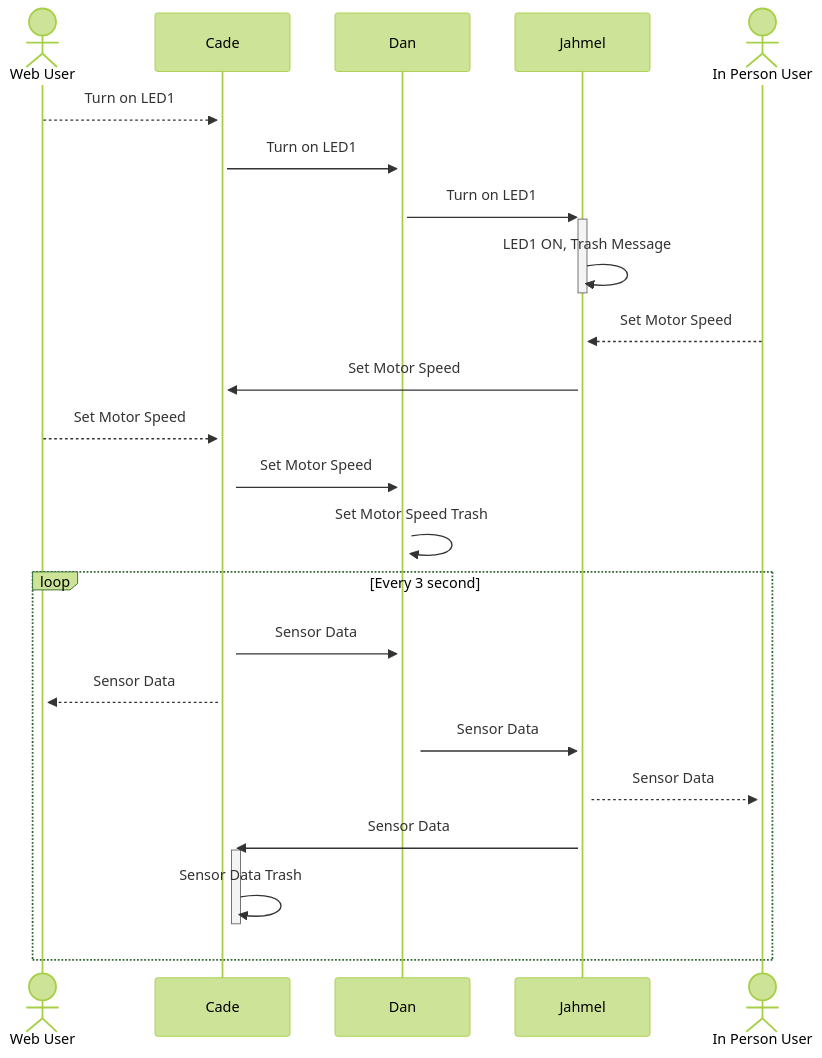
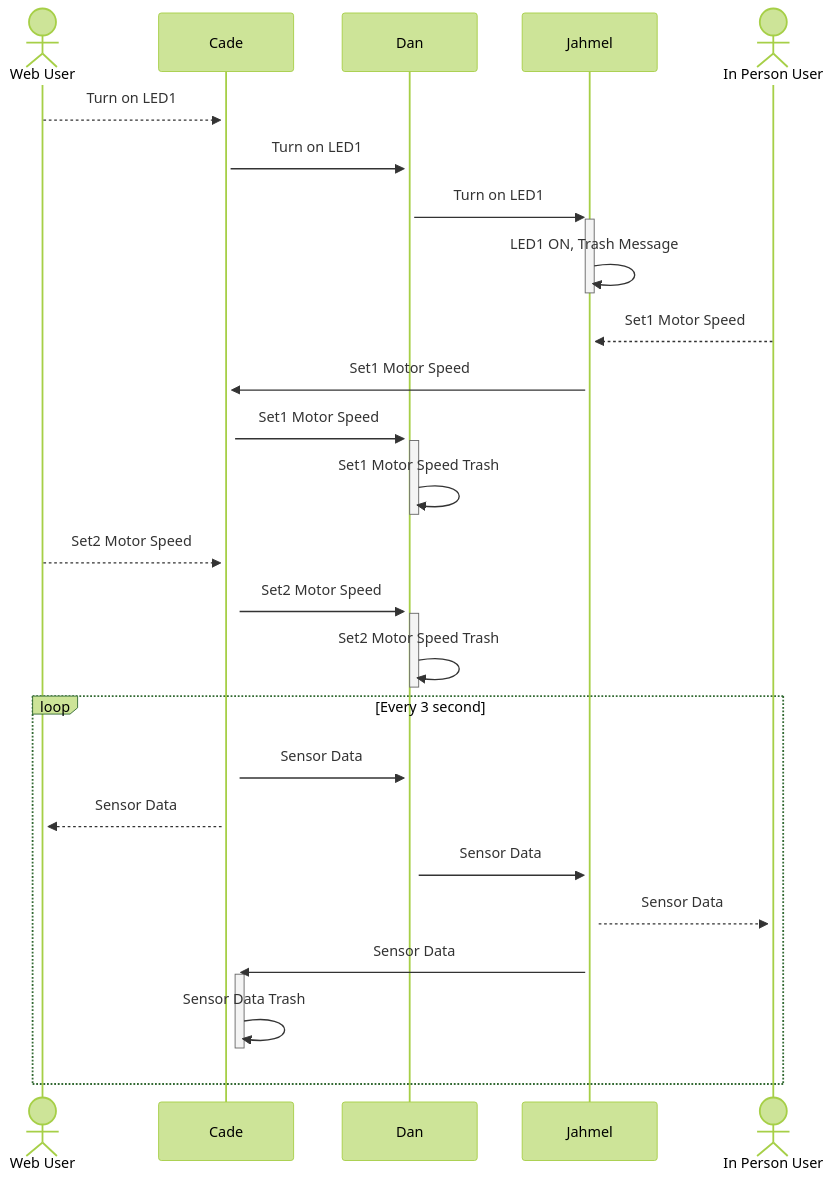
The diagram in docs/Block Diagram, Process Diagram, and Message Structure/index.md (EGR314-2025-S-303/EGR314-2025-S-303), drawn with Mermaid (forest theme) before and after one commit.

````diff
--- a/docs/Block Diagram, Process Diagram, and Message Structure/index.md
+++ b/docs/Block Diagram, Process Diagram, and Message Structure/index.md
@@ -15,22 +15,24 @@
 ``` mermaid
 sequenceDiagram
     actor Web User
     Web User-->>+Cade: Turn on LED1
     Cade->>+Dan: Turn on LED1
     Dan->>+Jahmel: Turn on LED1
     Jahmel->>-Jahmel: LED1 ON, Trash Message
     actor In Person User
-    In Person User-->>+Jahmel: Set Motor Speed
-    Jahmel->>+Cade: Set Motor Speed
-    Web User-->>+Cade: Set Motor Speed
-    Cade->>+Dan: Set Motor Speed
-    Dan->>+Dan: Set Motor Speed Trash
+    In Person User-->>+Jahmel: Set1 Motor Speed
+    Jahmel->>+Cade: Set1 Motor Speed
+    Cade->>+Dan: Set1 Motor Speed
+    Dan->>-Dan: Set1 Motor Speed Trash
+    Web User-->>+Cade: Set2 Motor Speed
+    Cade->>+Dan: Set2 Motor Speed
+    Dan->>-Dan: Set2 Motor Speed Trash
     loop Every 3 second
     Cade->>+Dan: Sensor Data
     Cade-->>+Web User: Sensor Data
     Dan->>+Jahmel: Sensor Data
     Jahmel-->>+In Person User: Sensor Data
     Jahmel->>+Cade: Sensor Data
     Cade->>-Cade: Sensor Data Trash
     end
 ```
````
